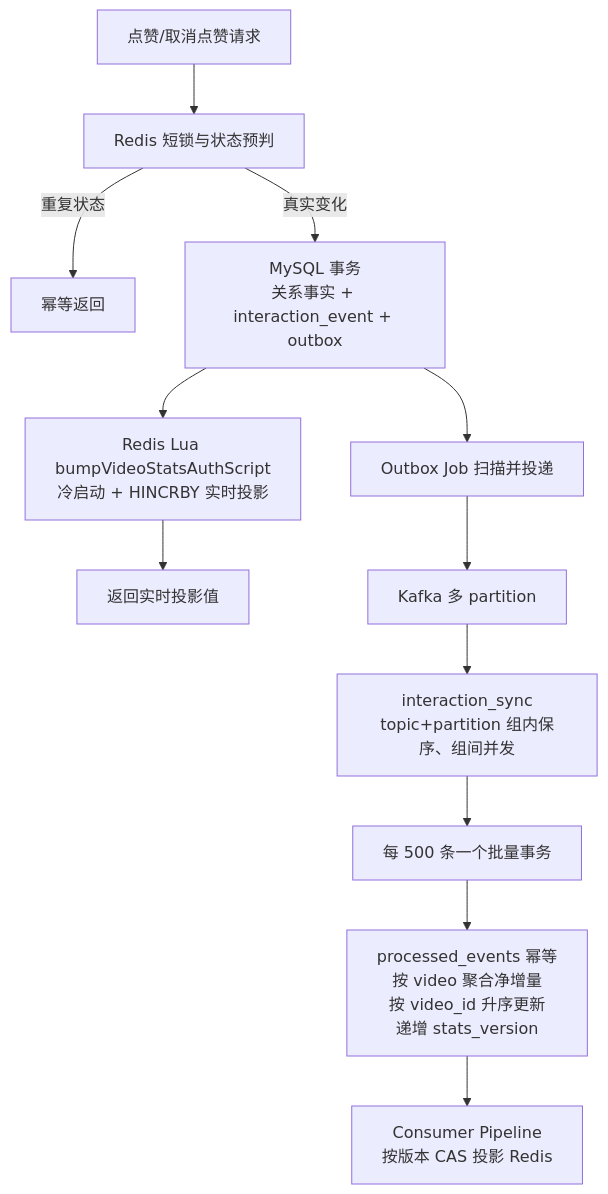
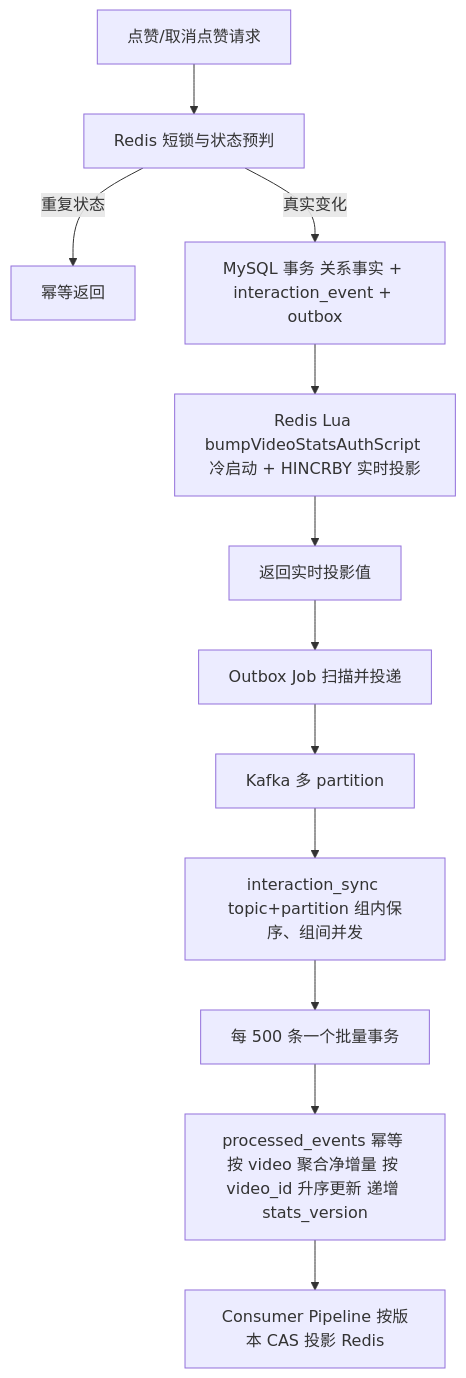
Before and after one commit to Redeemz473/feedsystem-zero: diagram 13 of 28 in docs/PROJECT_OVERVIEW.md, drawn with Mermaid. The commit also changed other lines of this file, not shown here.

Commit message:
docs(overview): fix 4 broken mermaid diagrams on github (8.3.4 flowchart layout, 8.3.5 dashed-label, 8.3.6 sequence br and braces)

````diff
--- a/docs/PROJECT_OVERVIEW.md
+++ b/docs/PROJECT_OVERVIEW.md
@@ -2585,14 +2585,14 @@
 ```mermaid
 flowchart TD
     A[点赞/取消点赞请求] --> B[Redis 短锁与状态预判]
     B -->|重复状态| C[幂等返回]
-    B -->|真实变化| D[MySQL 事务<br/>关系事实 + interaction_event + outbox]
-    D --> E[Redis Lua bumpVideoStatsAuthScript<br/>冷启动 + HINCRBY 实时投影]
+    B -->|真实变化| D[MySQL 事务 关系事实 + interaction_event + outbox]
+    D --> E[Redis Lua bumpVideoStatsAuthScript 冷启动 + HINCRBY 实时投影]
     E --> F[返回实时投影值]
-    D --> OB[Outbox Job 扫描并投递]
+    F --> OB[Outbox Job 扫描并投递]
     OB --> K[Kafka 多 partition]
-    K --> G[interaction_sync<br/>topic+partition 组内保序、组间并发]
+    K --> G[interaction_sync topic+partition 组内保序、组间并发]
     G --> H[每 500 条一个批量事务]
-    H --> I[processed_events 幂等<br/>按 video 聚合净增量<br/>按 video_id 升序更新<br/>递增 stats_version]
-    I --> J[Consumer Pipeline<br/>按版本 CAS 投影 Redis]
+    H --> I[processed_events 幂等 按 video 聚合净增量 按 video_id 升序更新 递增 stats_version]
+    I --> J[Consumer Pipeline 按版本 CAS 投影 Redis]
 ```
````
